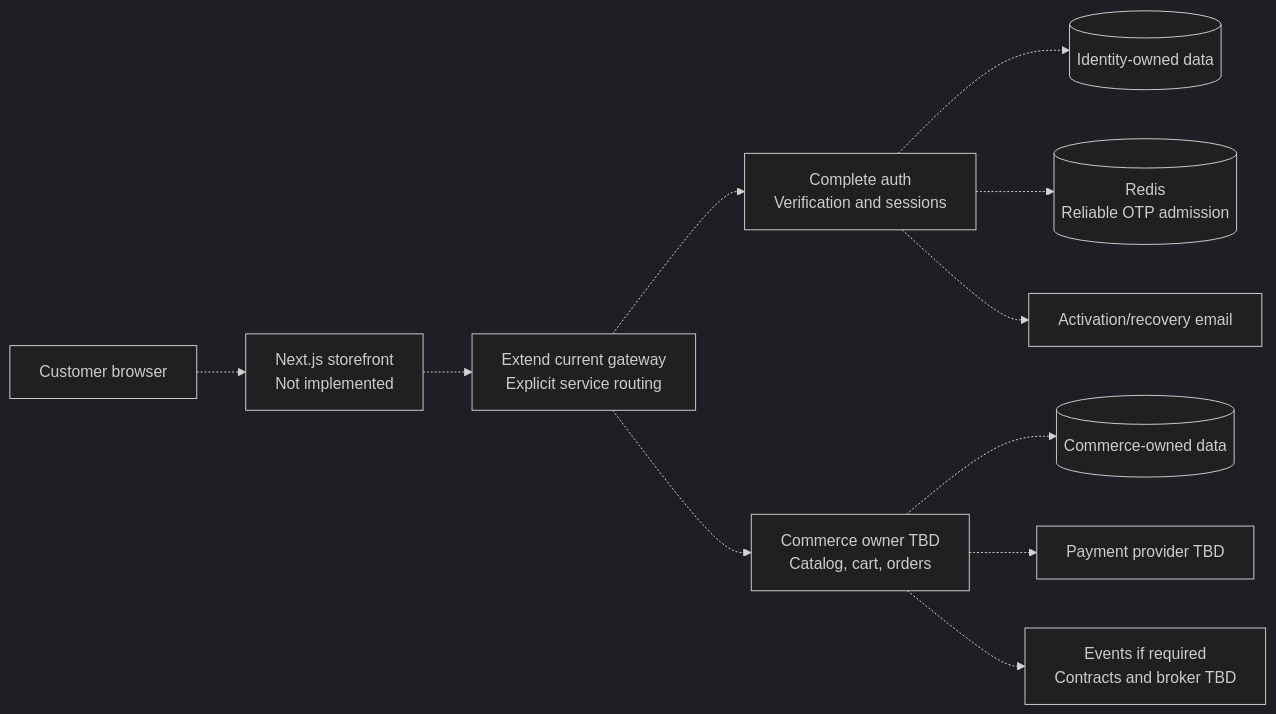
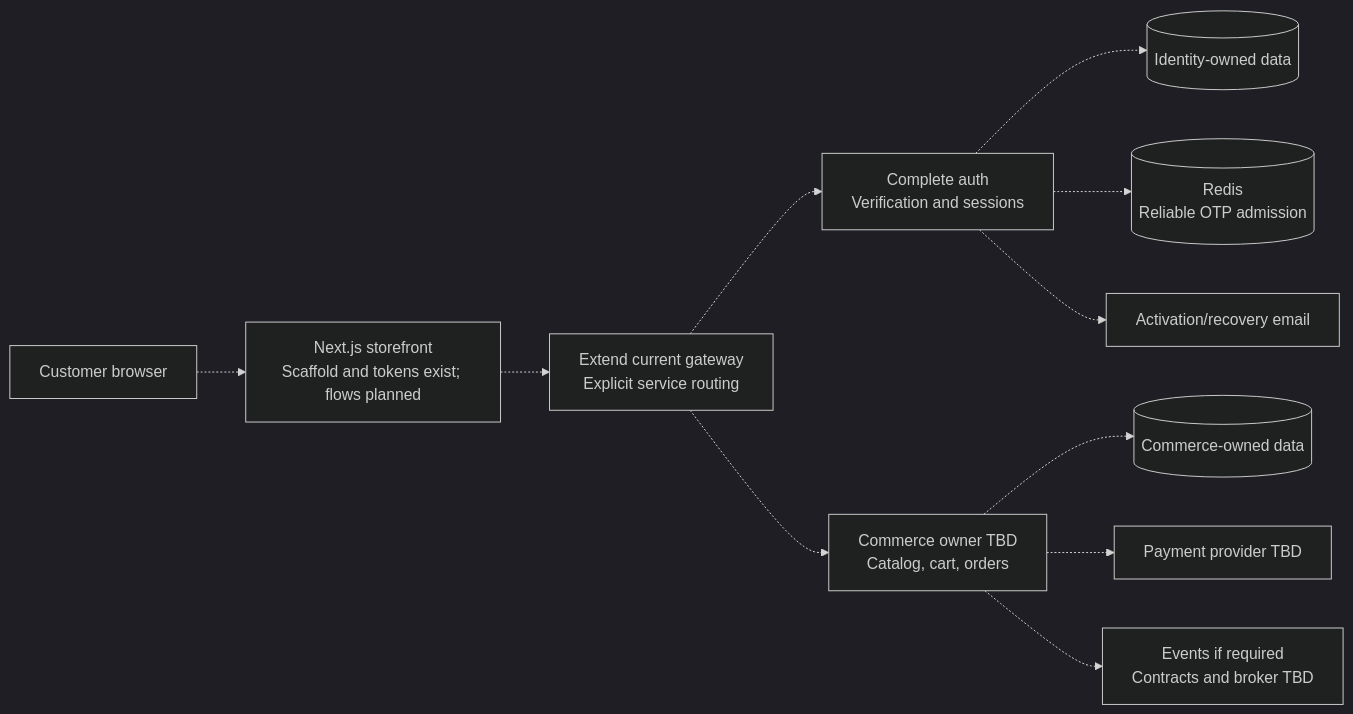
One commit to Kruskal892/Microservice-SaaS-E-commerce changed the first of 2 diagrams in docs/future-plans/architecture/platform-design.md. Above: the diagram before and after it, drawn with Mermaid (dark theme). The commit also changed other lines of this file and 48 other files, not shown here.

Commit message:
Feat: add Next.js scaffold with Tailwind v4 design tokens, client scripts, and update documentation

````diff
--- a/docs/future-plans/architecture/platform-design.md
+++ b/docs/future-plans/architecture/platform-design.md
@@ -10,13 +10,13 @@
 ```mermaid
 flowchart LR
-    Customer["Customer browser"] -.-> Frontend["Next.js storefront<br/>Not implemented"]
+    Customer["Customer browser"] -.-> Frontend["Next.js storefront<br/>Scaffold and tokens exist; flows planned"]
     Frontend -.-> Gateway["Extend current gateway<br/>Explicit service routing"]
     Gateway -.-> Auth["Complete auth<br/>Verification and sessions"]
     Gateway -.-> Commerce["Commerce owner TBD<br/>Catalog, cart, orders"]
     Auth -.-> Identity[("Identity-owned data")]
     Auth -.-> Redis[("Redis<br/>Reliable OTP admission")]
     Auth -.-> Mail["Activation/recovery email"]
     Commerce -.-> Data[("Commerce-owned data")]
     Commerce -.-> Payments["Payment provider TBD"]
     Commerce -.-> Events["Events if required<br/>Contracts and broker TBD"]
 ```
````
